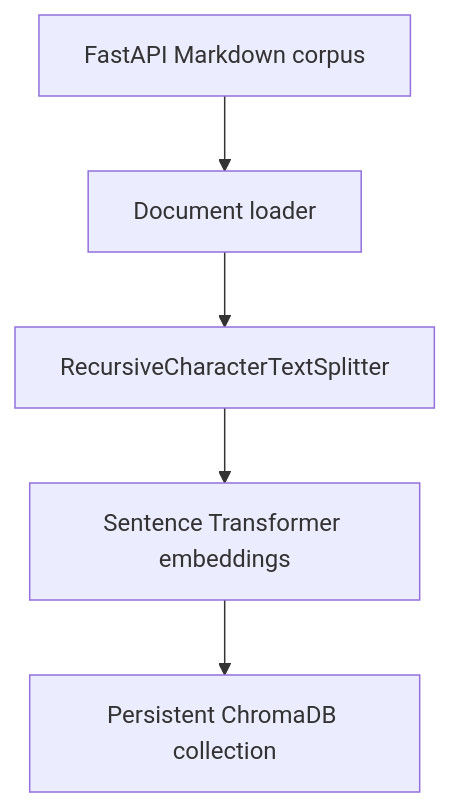
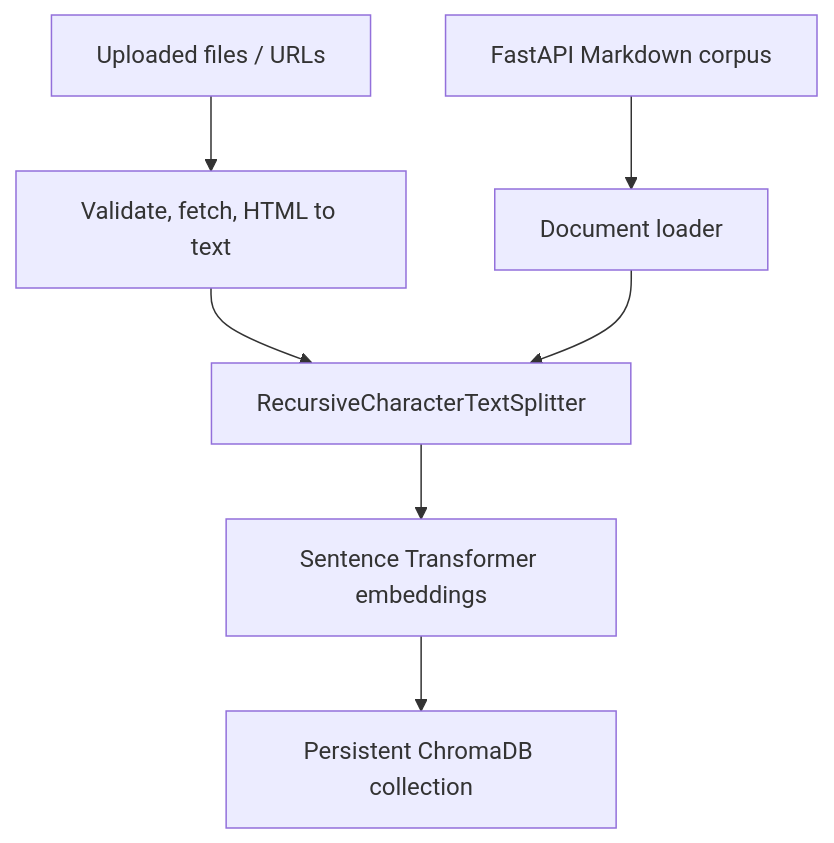
One commit to SovikMandal/Technical-Doc-Assistant changed the second of 2 diagrams in README.md. Above: the diagram before and after it, drawn with Mermaid. The commit also changed other lines of this file and 6 other files, not shown here.

````diff
--- a/README.md
+++ b/README.md
@@ -53,7 +54,9 @@
 ``` mermaid
 flowchart TD
     A[FastAPI Markdown corpus] --> B[Document loader]
+    U[Uploaded files / URLs] --> V[Validate, fetch, HTML to text]
+    V --> C
     B --> C[RecursiveCharacterTextSplitter]
     C --> D[Sentence Transformer embeddings]
     D --> E[Persistent ChromaDB collection]
 ```
````
